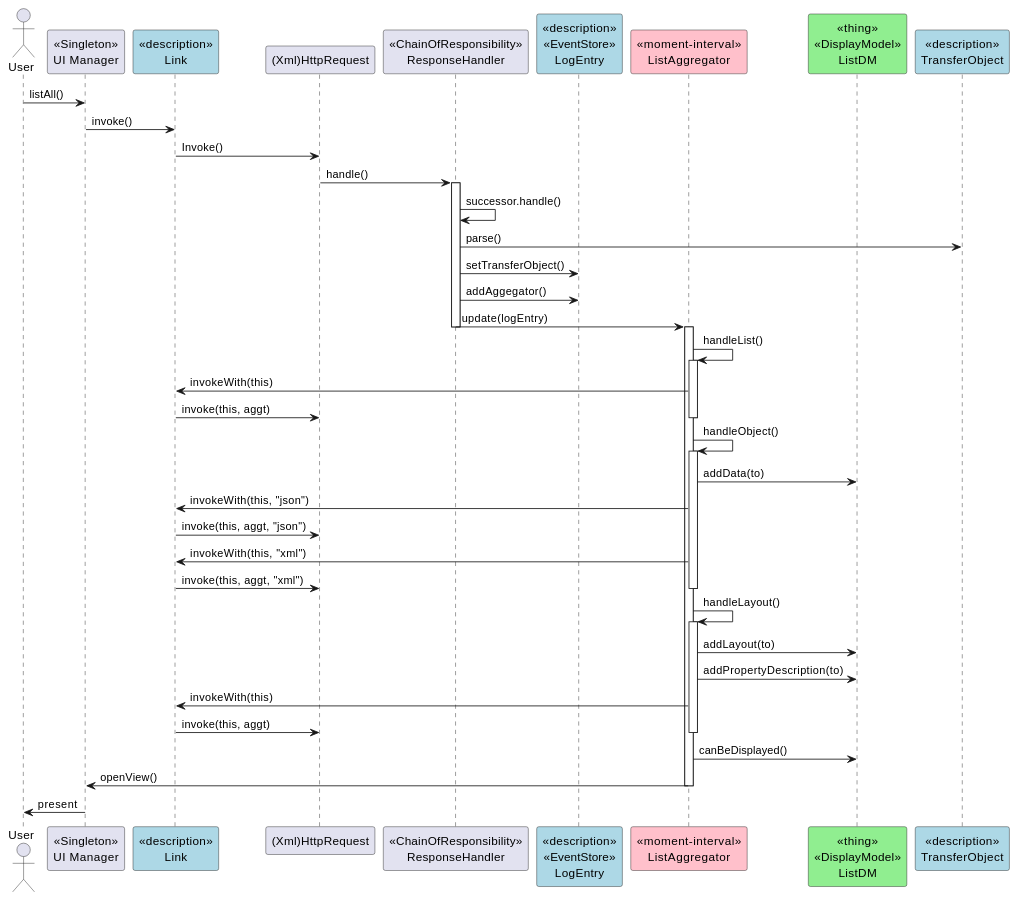
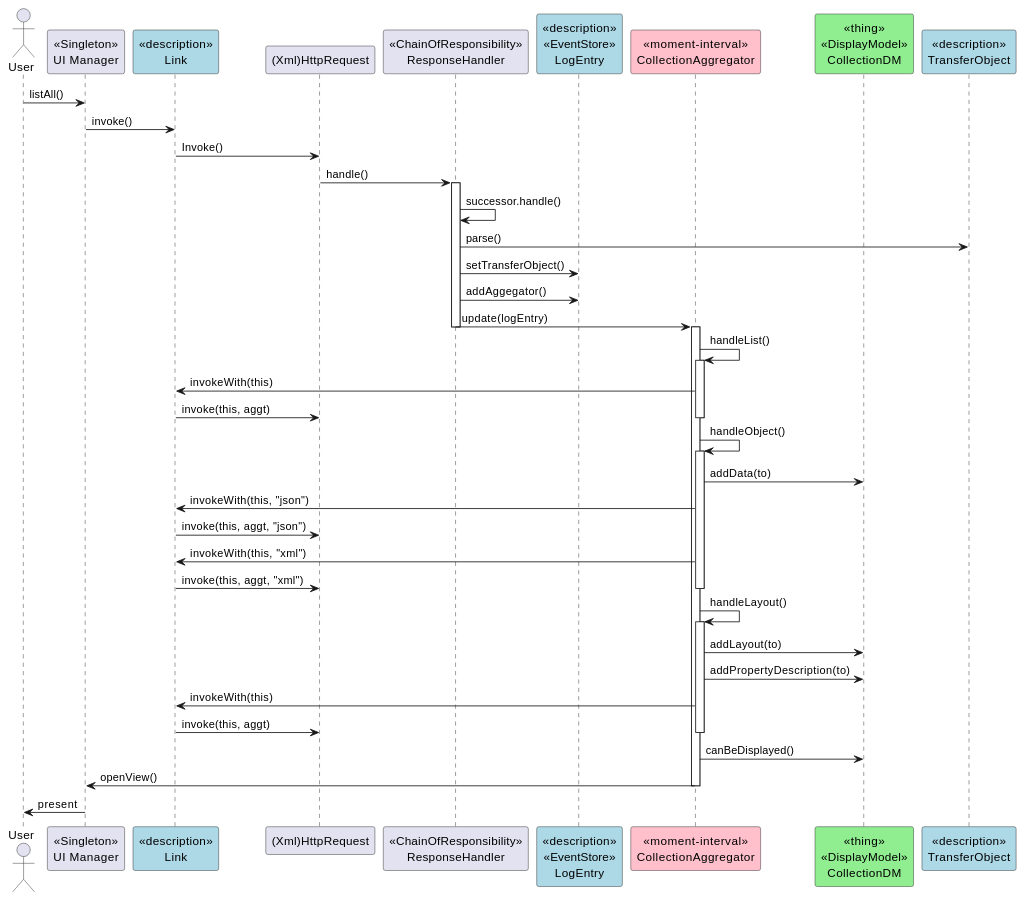
Before and after one commit to apache/causeway: the diagram in incubator/clients/kroviz/adoc/modules/kroviz/partials/design/seq-aggregator.adoc, drawn with PlantUML. The commit also changed other lines of this file and 19 other files, not shown here.

Commit message:
ISIS-2505 ListDM/Aggregator renamed to Collection*, ObjectAggregator can have multiple CollectionAggregators (for parented collections), demo.JavaLangStringJdo entities not shown yet

```diff
--- a/incubator/clients/kroviz/adoc/modules/kroviz/partials/design/seq-aggregator.adoc
+++ b/incubator/clients/kroviz/adoc/modules/kroviz/partials/design/seq-aggregator.adoc
@@ -4,59 +4,59 @@
 [plantuml,file="seq-aggregator.png"]
 ----
 @startuml
 
 actor User
 participant "<<Singleton>>\nUI Manager" as UI
 participant "<<description>>\nLink" as LNK #LightBlue
 participant "(Xml)HttpRequest" as XHR
 participant "<<ChainOfResponsibility>>\nResponseHandler" as RH
 participant "<<description>>\n<<EventStore>>\nLogEntry" as LE #LightBlue
-participant "<<moment-interval>>\nListAggregator" as AGGT  #Pink
-participant "<<thing>>\n<<DisplayModel>>\nListDM" as DM #LightGreen
+participant "<<moment-interval>>\nCollectionAggregator" as AGGT  #Pink
+participant "<<thing>>\n<<DisplayModel>>\nCollectionDM" as DM #LightGreen
 participant "<<description>>\nTransferObject" as TO #LightBlue
 
 User -> UI : listAll()
 UI -> LNK : invoke()
 LNK -> XHR : Invoke()
 XHR -> RH : handle()
 activate RH
 RH -> RH : successor.handle()
 RH -> TO : parse()
 RH -> LE : setTransferObject()
 RH -> LE : addAggegator()
 RH -> AGGT : update(logEntry)
 deactivate RH
 activate AGGT
 
 AGGT -> AGGT : handleList()
 activate AGGT
 AGGT -> LNK : invokeWith(this)
 LNK -> XHR: invoke(this, aggt)
 deactivate AGGT
 
 AGGT -> AGGT : handleObject()
 activate AGGT
 AGGT -> DM : addData(to)
 AGGT -> LNK : invokeWith(this, "json")
 LNK -> XHR: invoke(this, aggt, "json")
 AGGT -> LNK : invokeWith(this, "xml")
 LNK -> XHR: invoke(this, aggt, "xml")
 deactivate AGGT
 
 AGGT -> AGGT : handleLayout()
 activate AGGT
 AGGT -> DM : addLayout(to)
 AGGT -> DM : addPropertyDescription(to)
 AGGT -> LNK : invokeWith(this)
 LNK -> XHR: invoke(this, aggt)
 deactivate AGGT
 
 AGGT -> DM : canBeDisplayed()
 AGGT -> UI : openView()
 deactivate AGGT
 
 
 UI -> User : present
 
 @enduml
 ----
```
